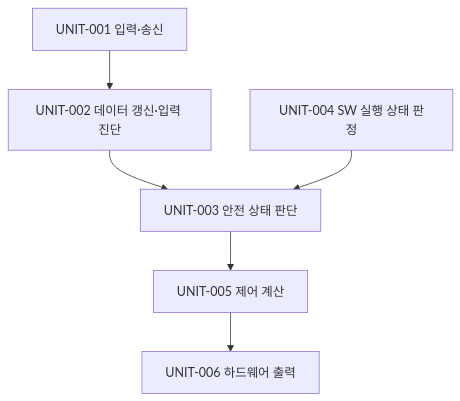
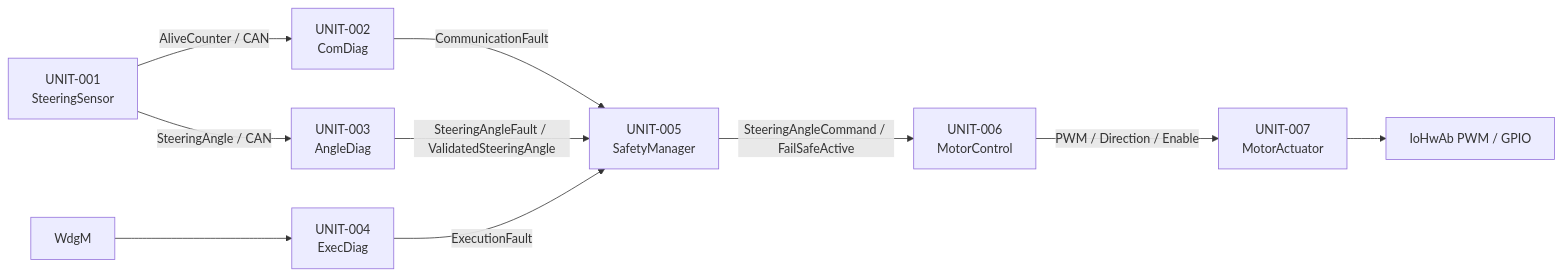
The first of 3 diagrams in iso26262-sbw-failsafe/workproducts/05_SW_Detailed_Design_Unit_Construction.md (kwangil1245-code/iso26262-sbw-failsafe), drawn with Mermaid before and after one commit. The commit also changed other lines of this file, not shown here.

````diff
--- a/iso26262-sbw-failsafe/workproducts/05_SW_Detailed_Design_Unit_Construction.md
+++ b/iso26262-sbw-failsafe/workproducts/05_SW_Detailed_Design_Unit_Construction.md
@@ -54,8 +47,12 @@
 ```mermaid
-flowchart TD
-    U1["UNIT-001 입력·송신"] --> U2["UNIT-002 데이터 갱신·입력 진단"]
-    U2 --> U3["UNIT-003 안전 상태 판단"]
-    U4["UNIT-004 SW 실행 상태 판정"] --> U3
-    U3 --> U5["UNIT-005 제어 계산"]
-    U5 --> U6["UNIT-006 하드웨어 출력"]
+flowchart LR
+  S["UNIT-001<br/>SteeringSensor"] -->|"AliveCounter / CAN"| C["UNIT-002<br/>ComDiag"]
+  S -->|"SteeringAngle / CAN"| A["UNIT-003<br/>AngleDiag"]
+  W["WdgM"] --> E["UNIT-004<br/>ExecDiag"]
+  C -->|"CommunicationFault"| M["UNIT-005<br/>SafetyManager"]
+  A -->|"SteeringAngleFault / ValidatedSteeringAngle"| M
+  E -->|"ExecutionFault"| M
+  M -->|"SteeringAngleCommand / FailSafeActive"| P["UNIT-006<br/>MotorControl"]
+  P -->|"PWM / Direction / Enable"| O["UNIT-007<br/>MotorActuator"]
+  O --> H["IoHwAb PWM / GPIO"]
 ```
````
